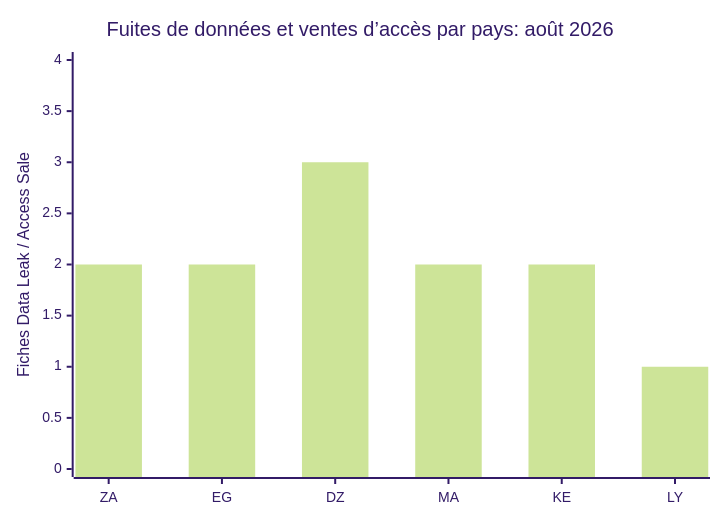
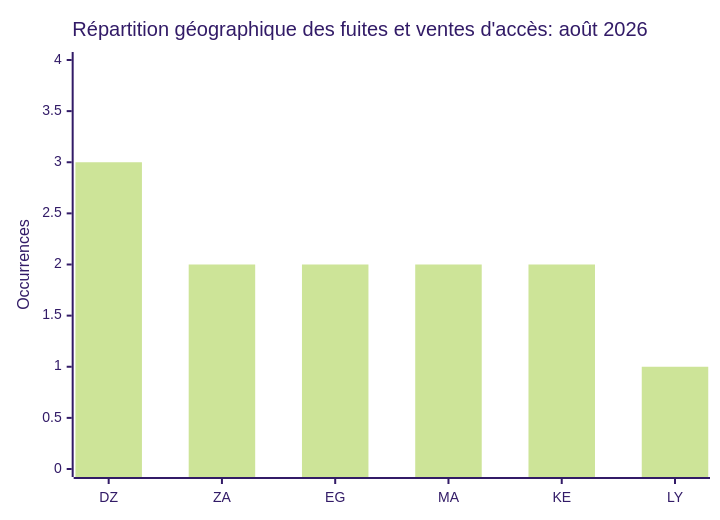
One commit to Hatchepsoute/AFRINTEL changed the fifth of 10 diagrams in CyberAttackAfrica/2026/08-august/README_FR.md. Above: the diagram before and after it, drawn with Mermaid (forest theme). The commit also changed other lines of this file and 1 other file, not shown here.

````diff
--- a/CyberAttackAfrica/2026/08-august/README_FR.md
+++ b/CyberAttackAfrica/2026/08-august/README_FR.md
@@ -162,7 +201,7 @@
 ```mermaid
 xychart-beta
-    title "Fuites de données et ventes d’accès par pays: août 2026"
-    x-axis ["ZA", "EG", "DZ", "MA", "KE", "LY"]
-    y-axis "Fiches Data Leak / Access Sale" 0 --> 4
-    bar [2, 2, 3, 2, 2, 1]
+    title "Répartition géographique des fuites et ventes d'accès: août 2026"
+    x-axis ["DZ", "ZA", "EG", "MA", "KE", "LY"]
+    y-axis "Occurrences" 0 --> 4
+    bar [3, 2, 2, 2, 2, 1]
 ```
````
